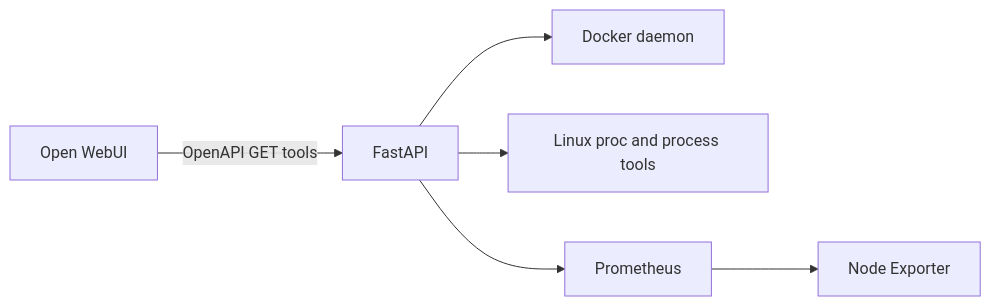
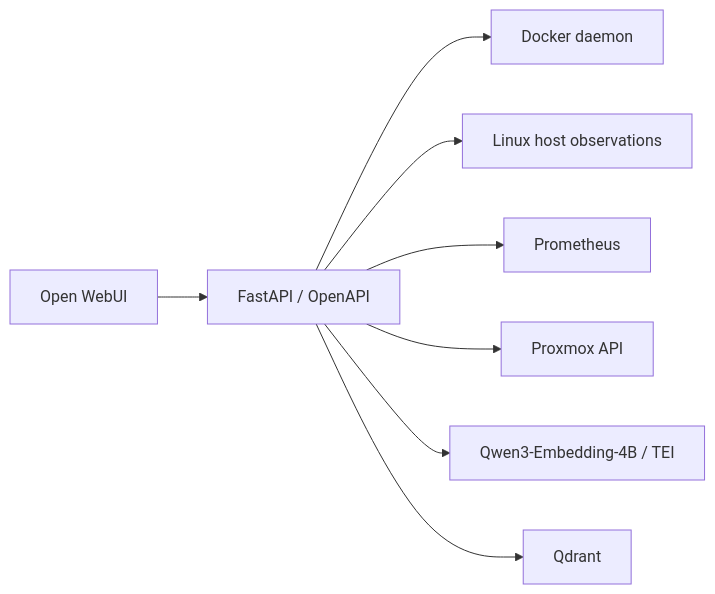
Before and after one commit to soonerbear22-ux/homelab-api: the diagram in docs/architecture.md, drawn with Mermaid. The commit also changed other lines of this file and 10 other files, not shown here.

````diff
--- a/docs/architecture.md
+++ b/docs/architecture.md
@@ -5,8 +5,10 @@
 ```mermaid
 flowchart LR
-    UI[Open WebUI] -->|OpenAPI GET tools| API[FastAPI]
-    API --> Docker[Docker daemon]
-    API --> Proc[Linux proc and process tools]
-    API --> Prom[Prometheus]
-    Prom --> Exporter[Node Exporter]
+    UI["Open WebUI"] --> API["FastAPI / OpenAPI"]
+    API --> Docker["Docker daemon"]
+    API --> Linux["Linux host observations"]
+    API --> Prom["Prometheus"]
+    API --> PVE["Proxmox API"]
+    API --> Embed["Qwen3-Embedding-4B / TEI"]
+    API --> Qdrant["Qdrant"]
 ```
````
